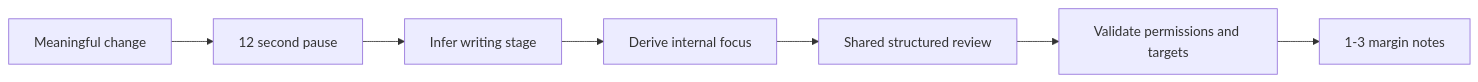
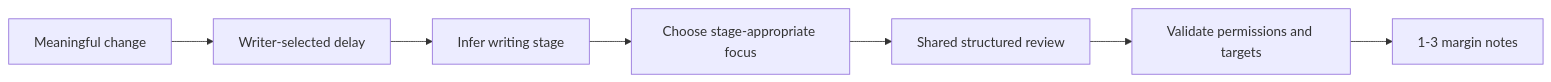
The diagram in docs/autoai.md (ThatXliner/Quillium), drawn with Mermaid before and after one commit. The commit also changed other lines of this file and 32 other files, not shown here.

````diff
--- a/docs/autoai.md
+++ b/docs/autoai.md
@@ -32,9 +32,9 @@
 ```mermaid
 flowchart LR
-    Change["Meaningful change"] --> Pause["12 second pause"]
+    Change["Meaningful change"] --> Pause["Writer-selected delay"]
     Pause --> Stage["Infer writing stage"]
-    Stage --> Plan["Derive internal focus"]
+    Stage --> Plan["Choose stage-appropriate focus"]
     Plan --> Review["Shared structured review"]
     Review --> Validate["Validate permissions and targets"]
     Validate --> Margin["1-3 margin notes"]
 ```
````
